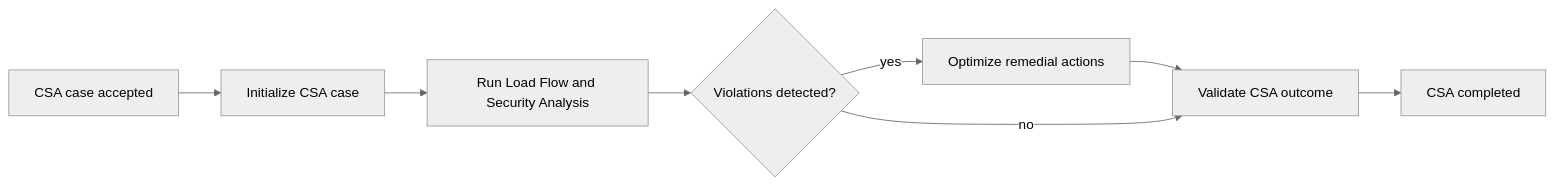
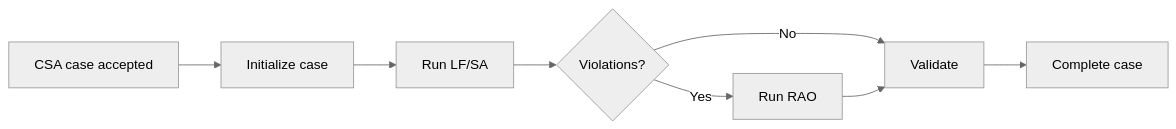
One commit to gsrinike/egm-suite changed the diagram in bpm.csa.service/README.md. Above: the diagram before and after it, drawn with Mermaid (neutral theme). The commit also changed other lines of this file and 45 other files, not shown here.

````diff
--- a/bpm.csa.service/README.md
+++ b/bpm.csa.service/README.md
@@ -8,10 +9,10 @@
 ```mermaid
 flowchart LR
-  A[CSA case accepted] --> B[Initialize CSA case]
-  B --> C[Run Load Flow and Security Analysis]
-  C --> D{Violations detected?}
-  D -->|yes| E[Optimize remedial actions]
-  E --> F[Validate CSA outcome]
-  D -->|no| F
-  F --> G[CSA completed]
+  A["CSA case accepted"] --> B["Initialize case"]
+  B --> C["Run LF/SA"]
+  C --> D{"Violations?"}
+  D -->|Yes| E["Run RAO"]
+  D -->|No| F["Validate"]
+  E --> F
+  F --> G["Complete case"]
 ```
````
